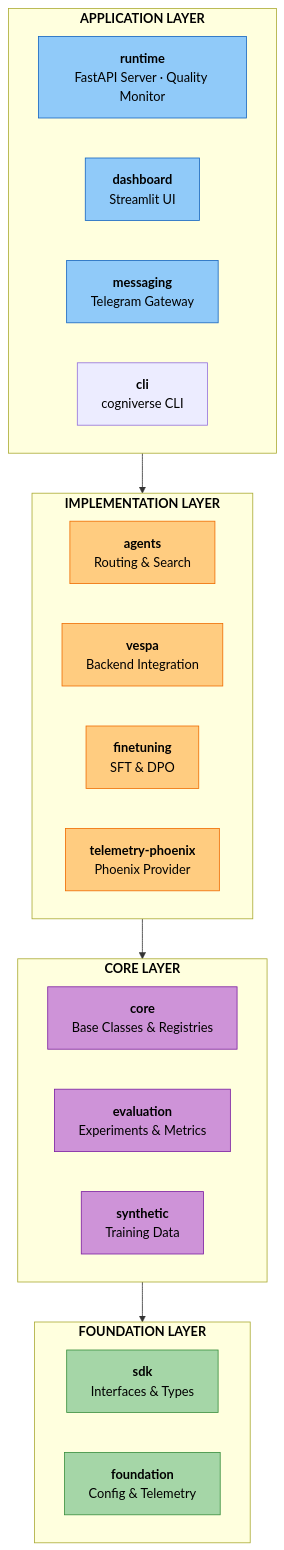
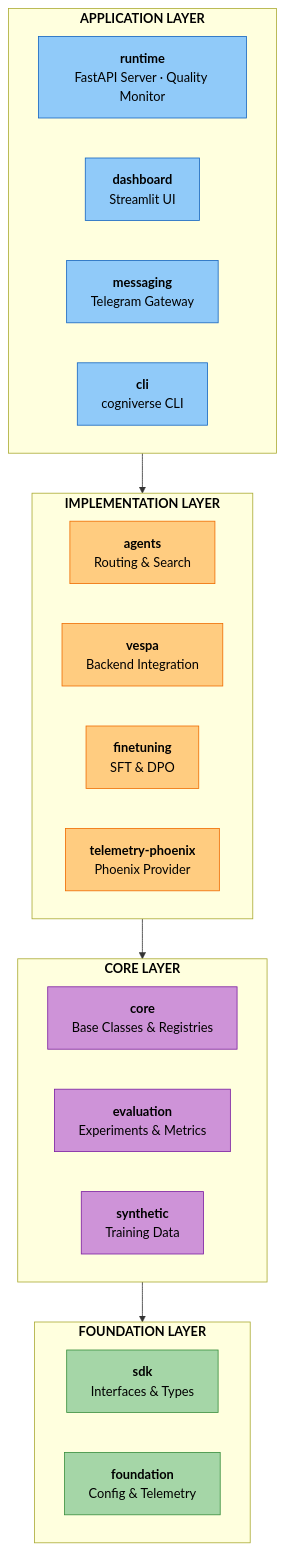
The first of 4 diagrams in docs/DEVELOPER_GUIDE.md (amit-jain/cogniverse), drawn with Mermaid before and after one commit. The commit also changed other lines of this file and 50 other files, not shown here.

````diff
--- a/docs/DEVELOPER_GUIDE.md
+++ b/docs/DEVELOPER_GUIDE.md
@@ -70,51 +70,52 @@
 ```mermaid
 flowchart TB
     subgraph APP["<span style='color:#000'><b>APPLICATION LAYER</b></span>"]
         runtime["<span style='color:#000'><b>runtime</b><br/>FastAPI Server · Quality Monitor</span>"]
         dashboard["<span style='color:#000'><b>dashboard</b><br/>Streamlit UI</span>"]
         messaging["<span style='color:#000'><b>messaging</b><br/>Telegram Gateway</span>"]
         cogcli["<span style='color:#000'><b>cli</b><br/>cogniverse CLI</span>"]
     end
 
     subgraph IMPL["<span style='color:#000'><b>IMPLEMENTATION LAYER</b></span>"]
         agents["<span style='color:#000'><b>agents</b><br/>Routing & Search</span>"]
         vespa["<span style='color:#000'><b>vespa</b><br/>Backend Integration</span>"]
         finetuning["<span style='color:#000'><b>finetuning</b><br/>SFT & DPO</span>"]
         telemetry_phoenix["<span style='color:#000'><b>telemetry-phoenix</b><br/>Phoenix Provider</span>"]
     end
 
     subgraph CORE["<span style='color:#000'><b>CORE LAYER</b></span>"]
         core["<span style='color:#000'><b>core</b><br/>Base Classes & Registries</span>"]
         evaluation["<span style='color:#000'><b>evaluation</b><br/>Experiments & Metrics</span>"]
         synthetic["<span style='color:#000'><b>synthetic</b><br/>Training Data</span>"]
     end
 
     subgraph FOUND["<span style='color:#000'><b>FOUNDATION LAYER</b></span>"]
         sdk["<span style='color:#000'><b>sdk</b><br/>Interfaces & Types</span>"]
         foundation["<span style='color:#000'><b>foundation</b><br/>Config & Telemetry</span>"]
     end
 
     APP --> IMPL
     IMPL --> CORE
     CORE --> FOUND
 
     %% Styling - Foundation Layer (green)
     style sdk fill:#a5d6a7,stroke:#388e3c,color:#000
     style foundation fill:#a5d6a7,stroke:#388e3c,color:#000
 
     %% Styling - Core Layer (purple)
     style core fill:#ce93d8,stroke:#7b1fa2,color:#000
     style evaluation fill:#ce93d8,stroke:#7b1fa2,color:#000
     style synthetic fill:#ce93d8,stroke:#7b1fa2,color:#000
 
     %% Styling - Implementation Layer (orange)
     style agents fill:#ffcc80,stroke:#ef6c00,color:#000
     style vespa fill:#ffcc80,stroke:#ef6c00,color:#000
     style finetuning fill:#ffcc80,stroke:#ef6c00,color:#000
     style telemetry_phoenix fill:#ffcc80,stroke:#ef6c00,color:#000
 
     %% Styling - Application Layer (blue)
     style runtime fill:#90caf9,stroke:#1565c0,color:#000
     style dashboard fill:#90caf9,stroke:#1565c0,color:#000
     style messaging fill:#90caf9,stroke:#1565c0,color:#000
+    style cogcli fill:#90caf9,stroke:#1565c0,color:#000
 ```
````
